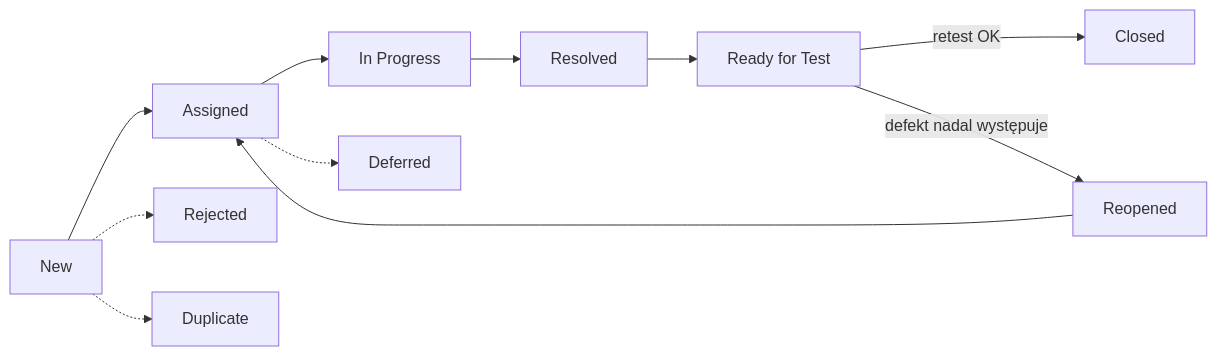
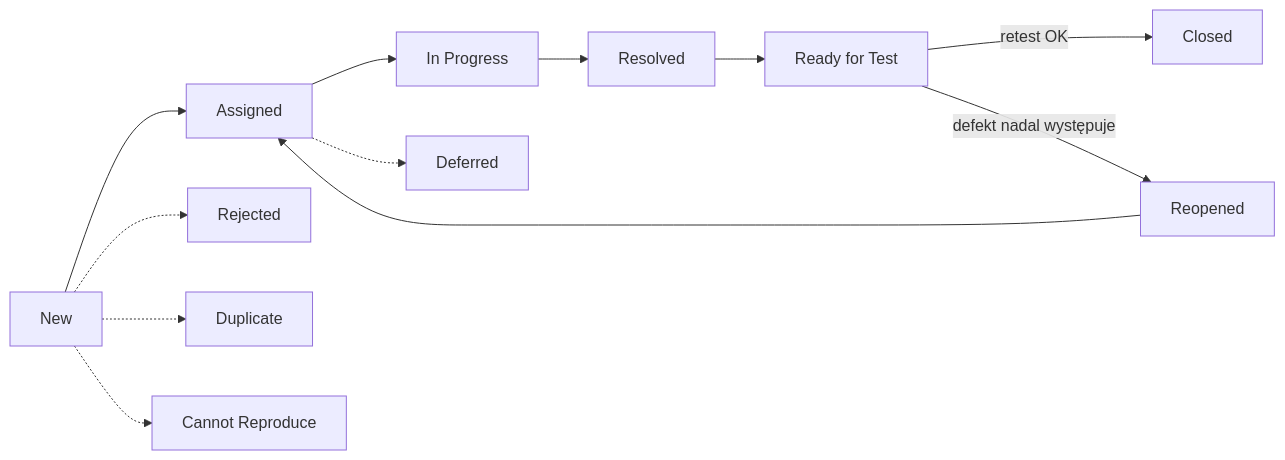
The diagram in docs/fundamentals/test_management.md (Finito21/Quality_Assurance), drawn with Mermaid before and after one commit. The commit also changed other lines of this file and 11 other files, not shown here.

````diff
--- a/docs/fundamentals/test_management.md
+++ b/docs/fundamentals/test_management.md
@@ -107,11 +114,12 @@
 ```mermaid
 flowchart LR
     accTitle: Cykl życia defektu
-    accDescr: Nowy defekt jest przypisywany, naprawiany i trafia do retestu. Po udanym reteście jest zamykany, po nieudanym otwierany ponownie. Zgłoszenie może też zostać odrzucone, oznaczone jako duplikat albo odłożone.
+    accDescr: Nowy defekt jest przypisywany, naprawiany i trafia do retestu. Po udanym reteście jest zamykany, po nieudanym otwierany ponownie. Zgłoszenie może też zostać odrzucone, oznaczone jako duplikat, jako niemożliwe do odtworzenia albo odłożone.
     New --> Assigned --> InProgress[In Progress] --> Resolved --> RFT[Ready for Test]
     RFT -->|retest OK| Closed
     RFT -->|defekt nadal występuje| Reopened --> Assigned
     New -.-> Rejected
     New -.-> Duplicate
+    New -.-> CannotReproduce[Cannot Reproduce]
     Assigned -.-> Deferred
 ```
````
